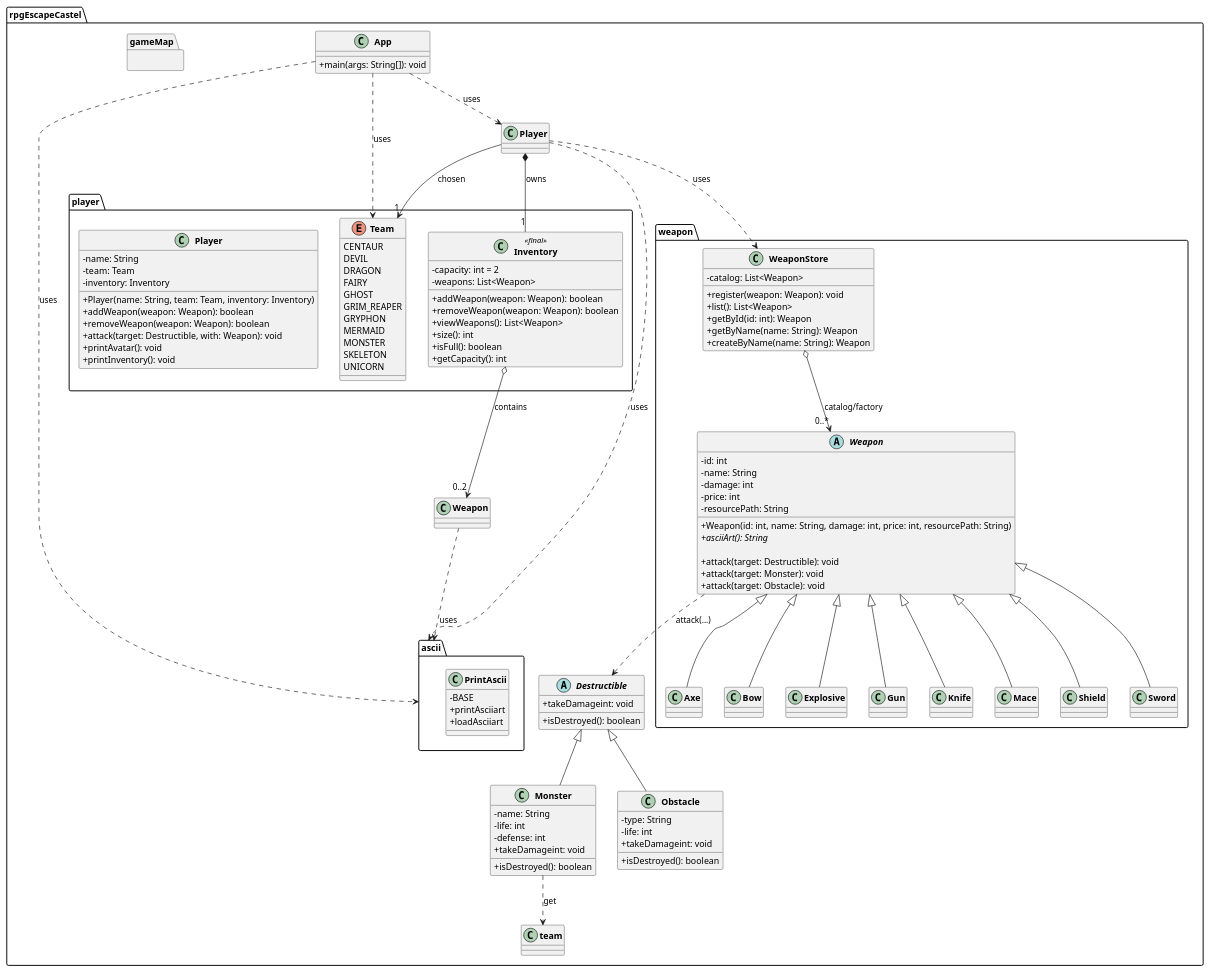
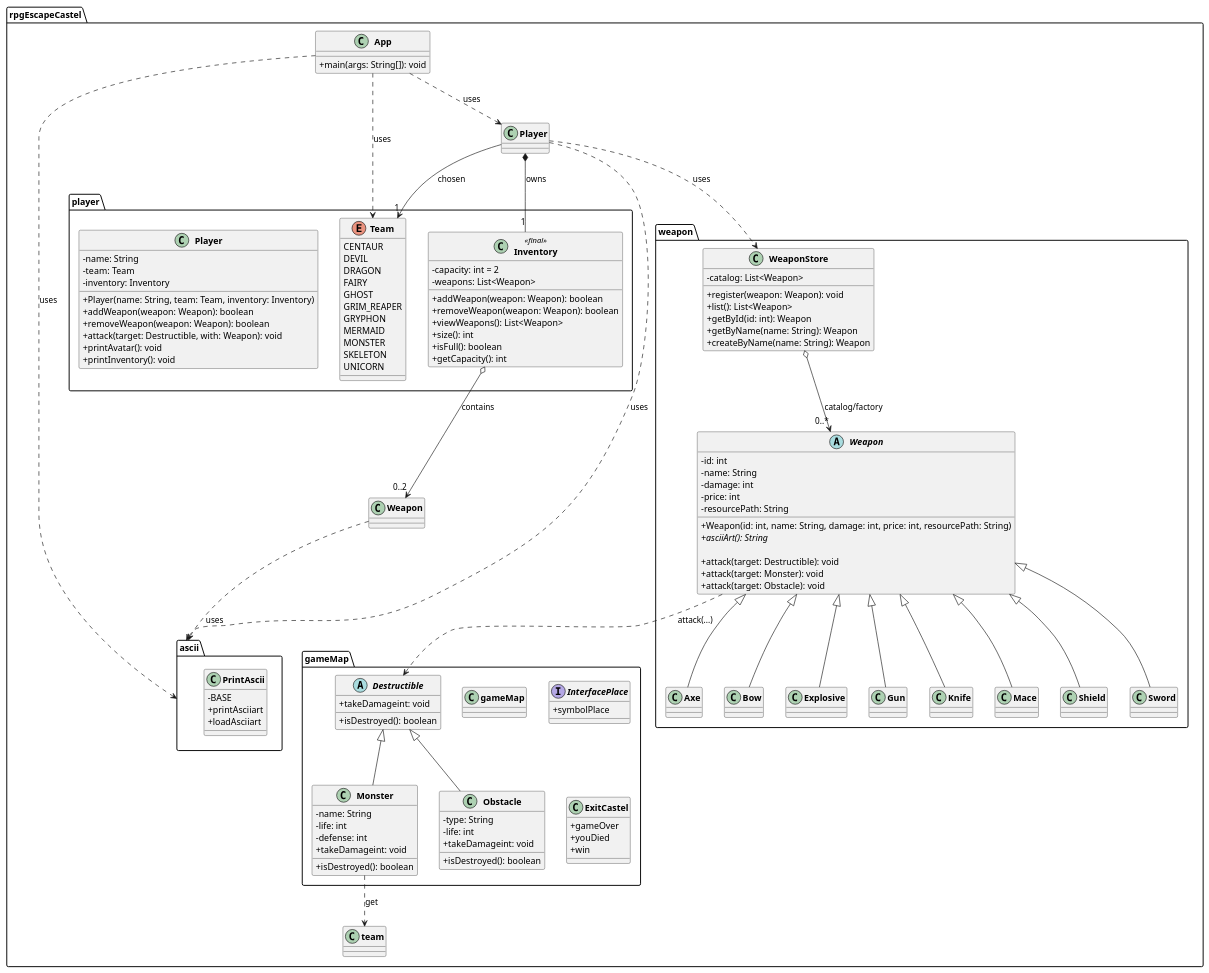
One commit to edusilvaramos/EscapeCastel changed the diagram in diagram.puml. Above: the diagram before and after it, drawn with PlantUML. The commit also changed 13 other files, not shown here.

Commit message:
fixture Game Map

```diff
--- a/diagram.puml
+++ b/diagram.puml
@@ -1,136 +1,150 @@
 @startuml
 skinparam classAttributeIconSize 0
 skinparam classFontStyle bold
 
 package rpgEscapeCastel {
     class App {
         + main(args: String[]): void
     }
 
     package gameMap {
-        
 
+        class gameMap{
+
+        }
+
+        interface InterfacePlace{
+            + symbolPlace
+        }
+
+        abstract class Destructible {
+            + takeDamageint: void
+            + isDestroyed(): boolean
+        }
+
+        class Monster extends Destructible {
+            - name: String
+            - life: int
+            - defense: int
+            + takeDamageint: void
+            + isDestroyed(): boolean
+        }
+
+        class Obstacle extends Destructible {
+            - type: String
+            - life: int
+            + takeDamageint: void
+            + isDestroyed(): boolean
+        }
+
+        class ExitCastel{
+            + gameOver
+            + youDied
+            + win
+        }
     }
 
-    abstract class Destructible {
-        + takeDamageint: void
-        + isDestroyed(): boolean
-    }
-
-    class Monster extends Destructible {
-        - name: String
-        - life: int
-        - defense: int
-        + takeDamageint: void
-        + isDestroyed(): boolean
-    }
-
-    class Obstacle extends Destructible {
-        - type: String
-        - life: int
-        + takeDamageint: void
-        + isDestroyed(): boolean
-    }
-
-
+'colocar o implements e o simbolo, -ver a doc  '
+    Weapon ..> ascii : uses
+    Monster ..> team : get
+    App ..> ascii : uses
+    Player ..> ascii : uses
+    
     package ascii {
         class PrintAscii{
             - BASE
             + printAsciiart
             + loadAsciiart
         }
     }
-    Monster ..> team : get
-    App ..> ascii : uses
-    Player ..> ascii : uses
-    Weapon ..> ascii : uses
+    
 
 
 
     package weapon {
         abstract class Weapon {
             - id: int
             - name: String
             - damage: int
             - price: int
             - resourcePath: String
             + Weapon(id: int, name: String, damage: int, price: int, resourcePath: String)
             {abstract} + asciiArt(): String
 
             ' OVERLOADING (PFF 3)'
             + attack(target: Destructible): void
             + attack(target: Monster): void
             + attack(target: Obstacle): void
         }
 
         class Axe extends Weapon
         class Bow extends Weapon
         class Explosive extends Weapon
         class Gun extends Weapon
         class Knife extends Weapon
         class Mace extends Weapon
         class Shield extends Weapon
         class Sword extends Weapon
 
         Weapon ..> Destructible : attack(...)
 
         class WeaponStore {
             - catalog: List<Weapon>
             + register(weapon: Weapon): void
             + list(): List<Weapon>
             + getById(id: int): Weapon
             + getByName(name: String): Weapon
             + createByName(name: String): Weapon
         }
 
         WeaponStore o--> "0..*" Weapon : catalog/factory
 
     }
     package player {
 
         enum Team {
             CENTAUR
             DEVIL
             DRAGON
             FAIRY
             GHOST
             GRIM_REAPER
             GRYPHON
             MERMAID
             MONSTER
             SKELETON
             UNICORN
         }
         class Inventory <<final>> {
             - capacity: int = 2
             - weapons: List<Weapon>
             + addWeapon(weapon: Weapon): boolean
             + removeWeapon(weapon: Weapon): boolean
             + viewWeapons(): List<Weapon>
             + size(): int
             + isFull(): boolean
             + getCapacity(): int
         }
 
         class Player {
             - name: String
             - team: Team
             - inventory: Inventory
             + Player(name: String, team: Team, inventory: Inventory)
             + addWeapon(weapon: Weapon): boolean
             + removeWeapon(weapon: Weapon): boolean
             + attack(target: Destructible, with: Weapon): void
             + printAvatar(): void
             + printInventory(): void
         }
     }
 
 
     Player *-- "1" Inventory : owns
     Inventory o--> "0..2" Weapon : contains
     Player --> "1" Team : chosen
     Player ..> WeaponStore : uses
     App ..> Player : uses
     App ..> Team : uses
 }
 @enduml
```
